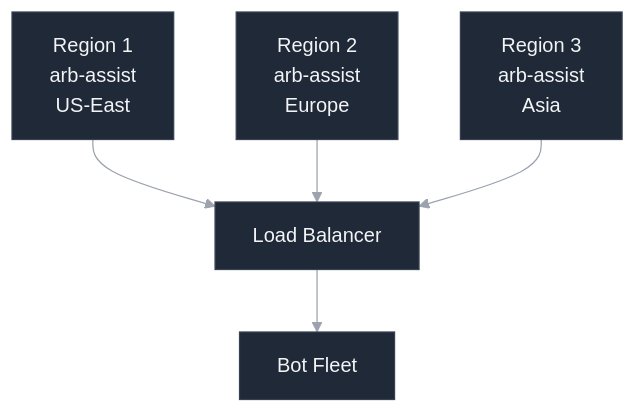
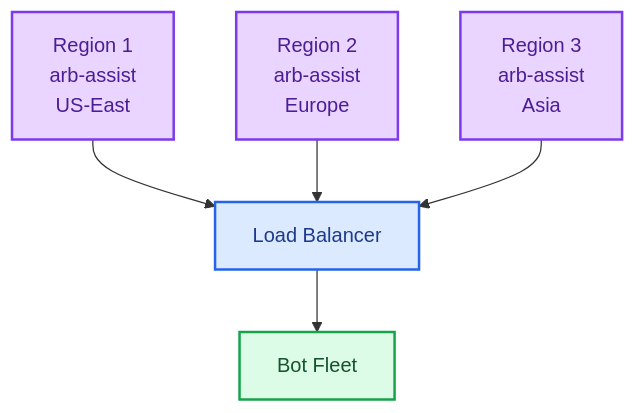
Before and after one commit to capicua4454/arb-assist: the diagram in docs/advanced-features/performance.md, drawn with Mermaid. The commit also changed 2 other files, not shown here.

Commit message:
Use light-colored Mermaid diagrams that work on any background
- Removed theme configuration attempts since GitBook doesn't respect them
- Used light gray and pastel colors that are visible on both white and dark backgrounds
- Added classDef styling to differentiate node types
- This approach accepts the white background limitation but ensures readability

````diff
--- a/docs/advanced-features/performance.md
+++ b/docs/advanced-features/performance.md
@@ -387,29 +387,21 @@
 ```mermaid
----
-config:
-  theme: 'base'
-  themeVariables:
-    darkMode: true
-    background: '#00000000'
-    primaryColor: '#1f2937'
-    primaryTextColor: '#f3f4f6'
-    primaryBorderColor: '#374151'
-    lineColor: '#9ca3af'
-    secondaryColor: '#374151'
-    tertiaryColor: '#4b5563'
-    mainBkg: '#1f2937'
-    secondBkg: '#374151'
-    tertiaryBkg: '#4b5563'
----
 graph TD
     R1[Region 1<br/>arb-assist<br/>US-East]
     R2[Region 2<br/>arb-assist<br/>Europe]
     R3[Region 3<br/>arb-assist<br/>Asia]
     LB[Load Balancer]
     BF[Bot Fleet]
     
     R1 --> LB
     R2 --> LB
     R3 --> LB
     LB --> BF
+    
+    classDef region fill:#e9d5ff,stroke:#7c3aed,stroke-width:2px,color:#4c1d95
+    classDef infra fill:#dbeafe,stroke:#2563eb,stroke-width:2px,color:#1e3a8a
+    classDef fleet fill:#dcfce7,stroke:#16a34a,stroke-width:2px,color:#14532d
+    
+    class R1,R2,R3 region
+    class LB infra
+    class BF fleet
 ```
````
